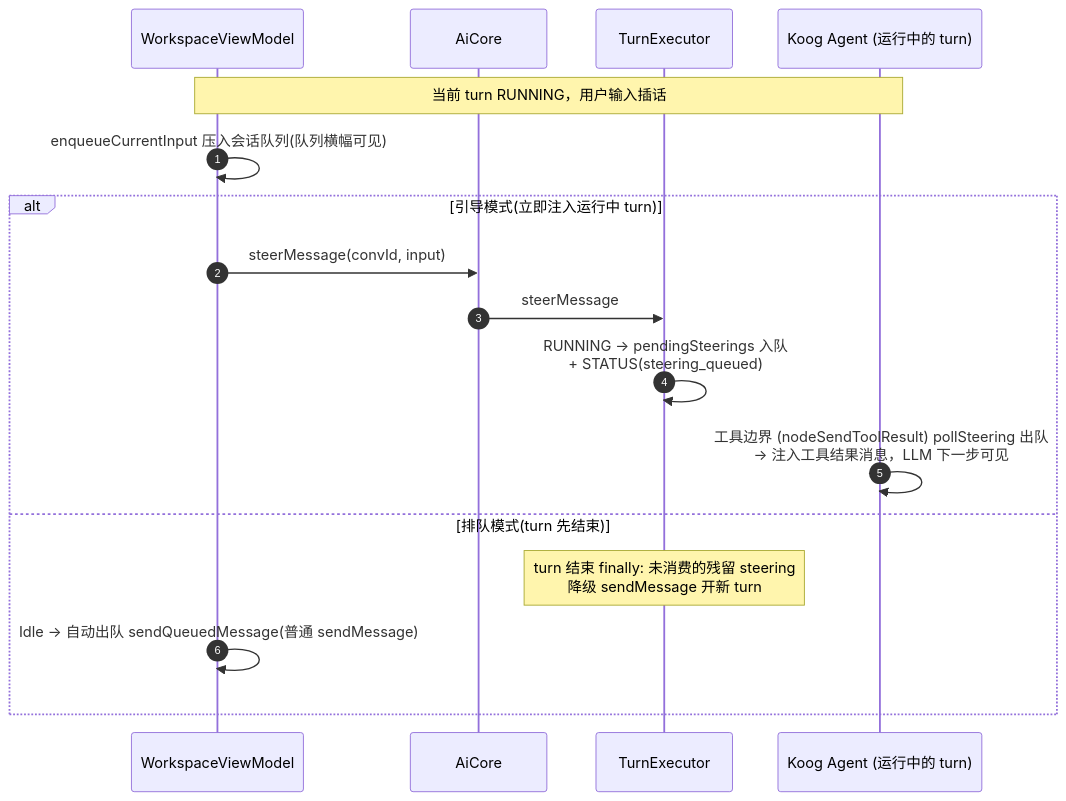
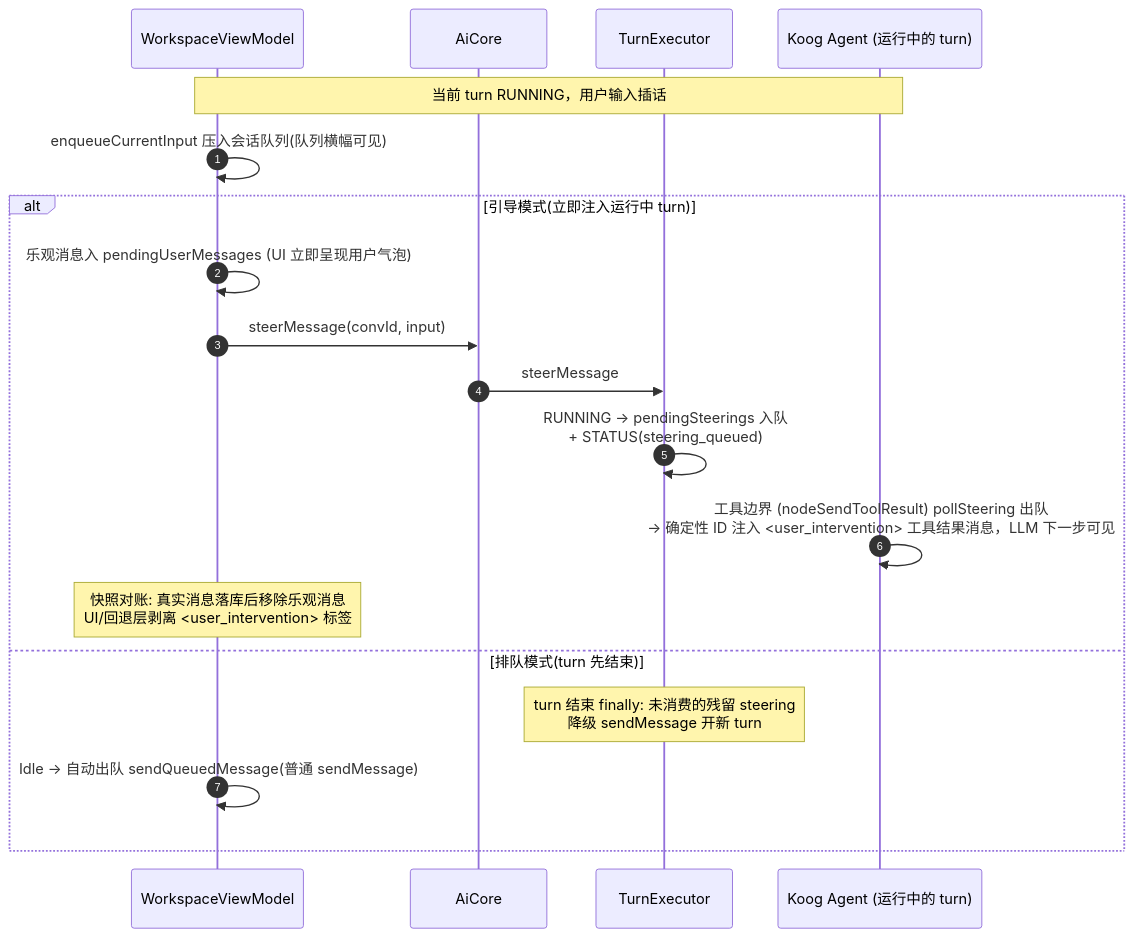
The third of 18 diagrams in docs/architecture/04-flows.md (lzdev42/mederi), drawn with Mermaid before and after one commit. The commit also changed other lines of this file and 101 other files, not shown here.

````diff
--- a/docs/architecture/04-flows.md
+++ b/docs/architecture/04-flows.md
@@ -122,20 +122,22 @@
 ```mermaid
 sequenceDiagram
     autonumber
     participant VM as WorkspaceViewModel
     participant AC as AiCore
     participant TE as TurnExecutor
     participant K as Koog Agent (运行中的 turn)
 
     Note over VM,K: 当前 turn RUNNING，用户输入插话
     VM->>VM: enqueueCurrentInput 压入会话队列(队列横幅可见)
     alt 引导模式(立即注入运行中 turn)
+        VM->>VM: 乐观消息入 pendingUserMessages (UI 立即呈现用户气泡)
         VM->>AC: steerMessage(convId, input)
         AC->>TE: steerMessage
         TE->>TE: RUNNING → pendingSteerings 入队<br/>+ STATUS(steering_queued)
-        K->>K: 工具边界 (nodeSendToolResult) pollSteering 出队<br/>→ 注入工具结果消息，LLM 下一步可见
+        K->>K: 工具边界 (nodeSendToolResult) pollSteering 出队<br/>→ 确定性 ID 注入 <user_intervention> 工具结果消息，LLM 下一步可见
+        Note over VM: 快照对账: 真实消息落库后移除乐观消息<br/>UI/回退层剥离 <user_intervention> 标签
     else 排队模式(turn 先结束)
         Note over TE: turn 结束 finally: 未消费的残留 steering<br/>降级 sendMessage 开新 turn
         VM->>VM: Idle → 自动出队 sendQueuedMessage(普通 sendMessage)
     end
 ```
````
